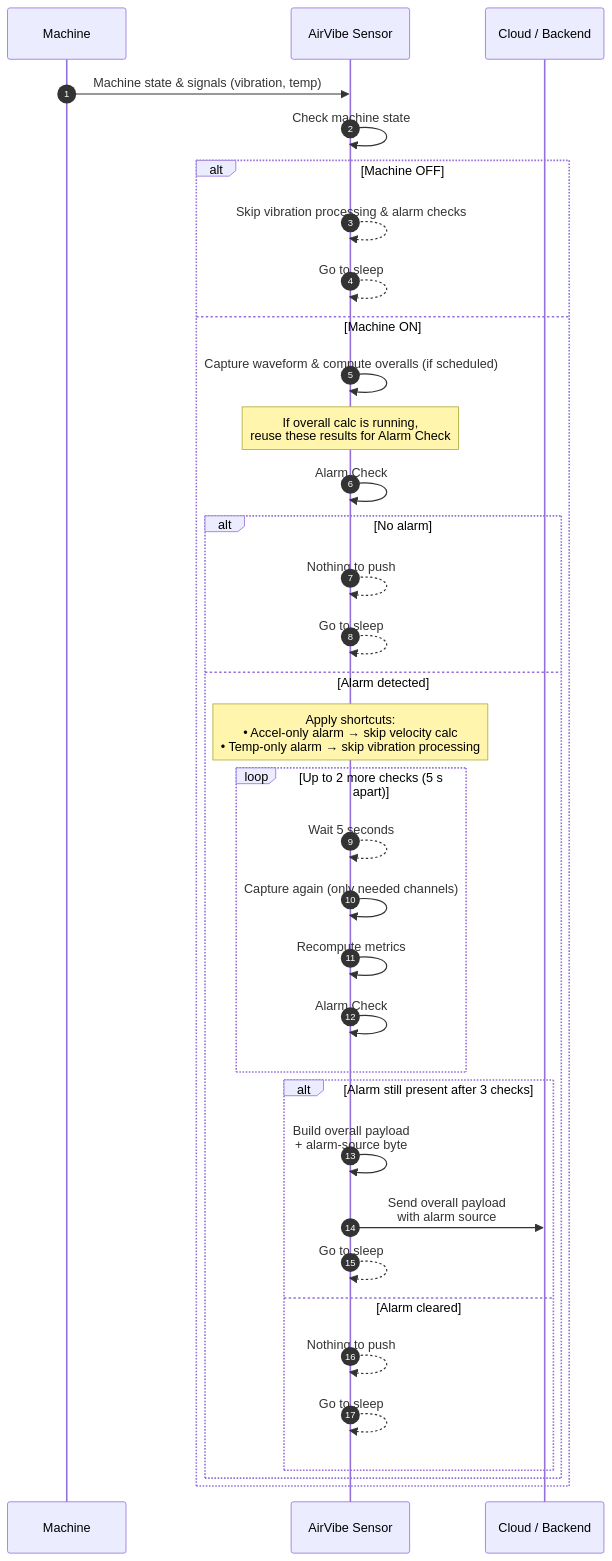
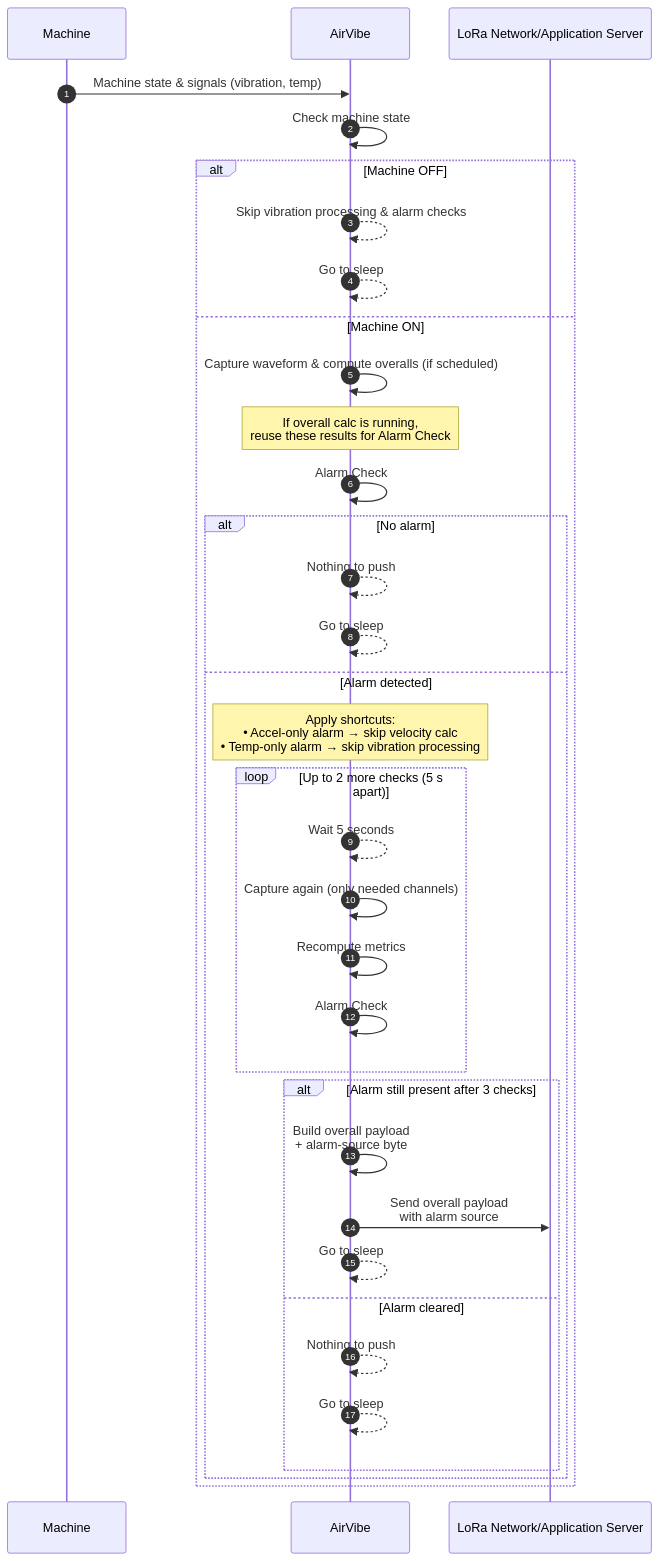
One commit to Machine-Saver-Inc/AirVibe_LoRaWAN_Wiki changed the diagram in public/assets/alarm-logic.mmd. Above: the diagram before and after it, drawn with Mermaid. The commit also changed 2 other files, not shown here.

Commit message:
Standardize participant labels across Mermaid diagrams

```diff
--- a/public/assets/alarm-logic.mmd
+++ b/public/assets/alarm-logic.mmd
@@ -1,41 +1,41 @@
 sequenceDiagram
     autonumber
     participant M as Machine
-    participant S as AirVibe Sensor
-    participant C as Cloud / Backend
+    participant S as AirVibe
+    participant C as LoRa Network/Application Server
 
     M->>S: Machine state & signals (vibration, temp)
     S->>S: Check machine state
 
     alt Machine OFF
         S-->>S: Skip vibration processing & alarm checks
         S-->>S: Go to sleep
     else Machine ON
         S->>S: Capture waveform & compute overalls (if scheduled)
 
         Note over S: If overall calc is running,<br/>reuse these results for Alarm Check #1
 
         S->>S: Alarm Check #1
         alt No alarm
             S-->>S: Nothing to push
             S-->>S: Go to sleep
         else Alarm detected
             Note over S: Apply shortcuts:<br/>• Accel-only alarm → skip velocity calc<br/>• Temp-only alarm → skip vibration processing
 
             loop Up to 2 more checks (5 s apart)
                 S-->>S: Wait 5 seconds
                 S->>S: Capture again (only needed channels)
                 S->>S: Recompute metrics
                 S->>S: Alarm Check #2 / #3
             end
 
             alt Alarm still present after 3 checks
                 S->>S: Build overall payload<br/>+ alarm-source byte
                 S->>C: Send overall payload<br/>with alarm source
                 S-->>S: Go to sleep
             else Alarm cleared
                 S-->>S: Nothing to push
                 S-->>S: Go to sleep
             end
         end
     end
```
